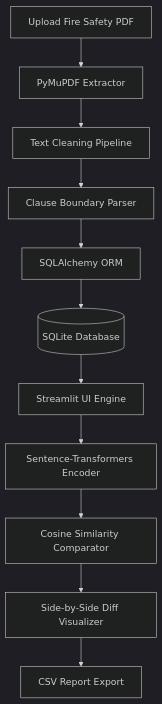
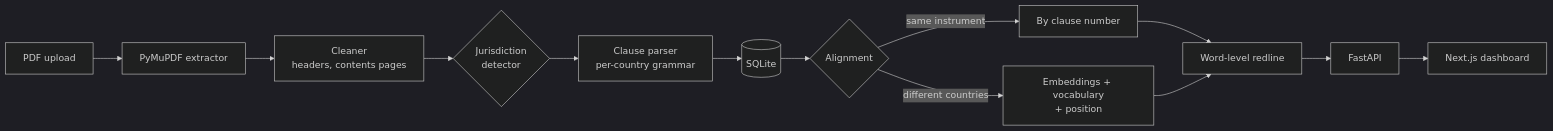
One commit to Nishan-Charlie/AI-Pdf-Version-Check changed the diagram in README.md. Above: the diagram before and after it, drawn with Mermaid (dark theme). The commit also changed other lines of this file and 38 other files, not shown here.

````diff
--- a/README.md
+++ b/README.md
@@ -46,13 +30,15 @@
 ```mermaid
-graph TD
-    A[Upload Fire Safety PDF] --> B[PyMuPDF Extractor]
-    B --> C[Text Cleaning Pipeline]
-    C --> D[Clause Boundary Parser]
-    D --> E[SQLAlchemy ORM]
-    E --> F[(SQLite Database)]
-    F --> G[Streamlit UI Engine]
-    G --> H[Sentence-Transformers Encoder]
-    H --> I[Cosine Similarity Comparator]
-    I --> J[Side-by-Side Diff Visualizer]
-    J --> K[CSV Report Export]
+graph LR
+    A[PDF upload] --> B[PyMuPDF extractor]
+    B --> C[Cleaner<br/>headers, contents pages]
+    C --> D{Jurisdiction<br/>detector}
+    D --> E[Clause parser<br/>per-country grammar]
+    E --> F[(SQLite)]
+    F --> G{Alignment}
+    G -->|same instrument| H[By clause number]
+    G -->|different countries| I[Embeddings + vocabulary<br/>+ position]
+    H --> J[Word-level redline]
+    I --> J
+    J --> K[FastAPI]
+    K --> L[Next.js dashboard]
 ```
````
